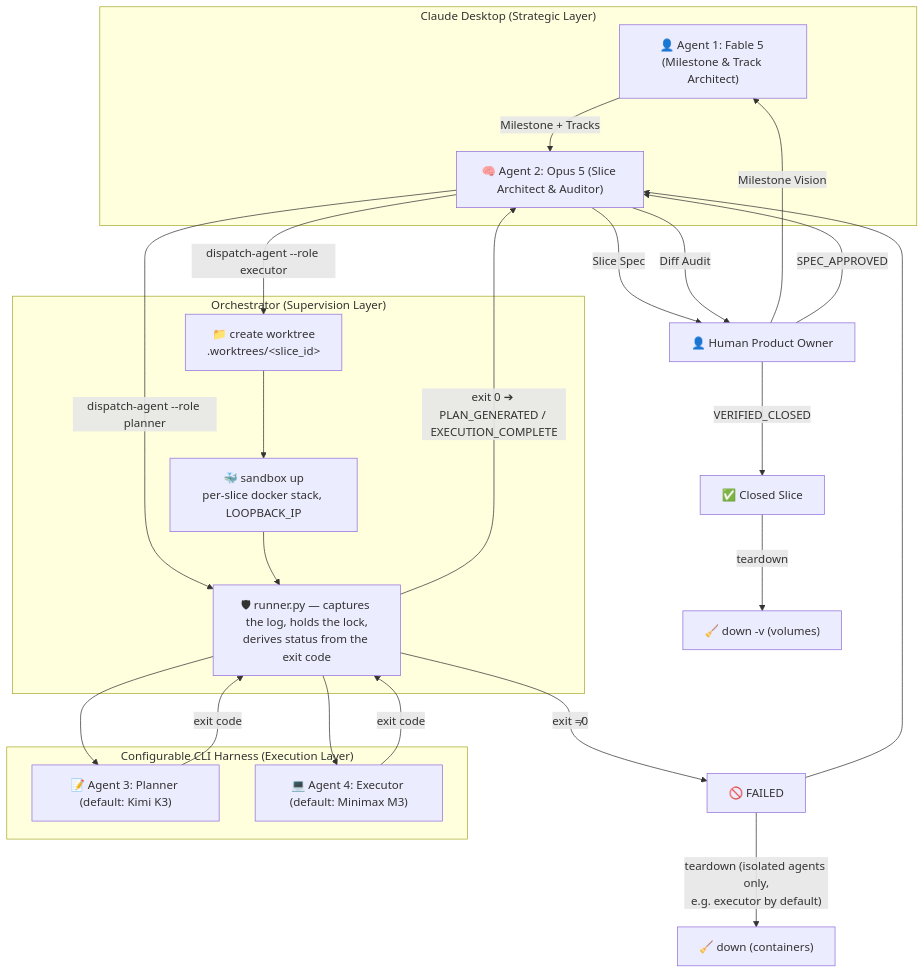
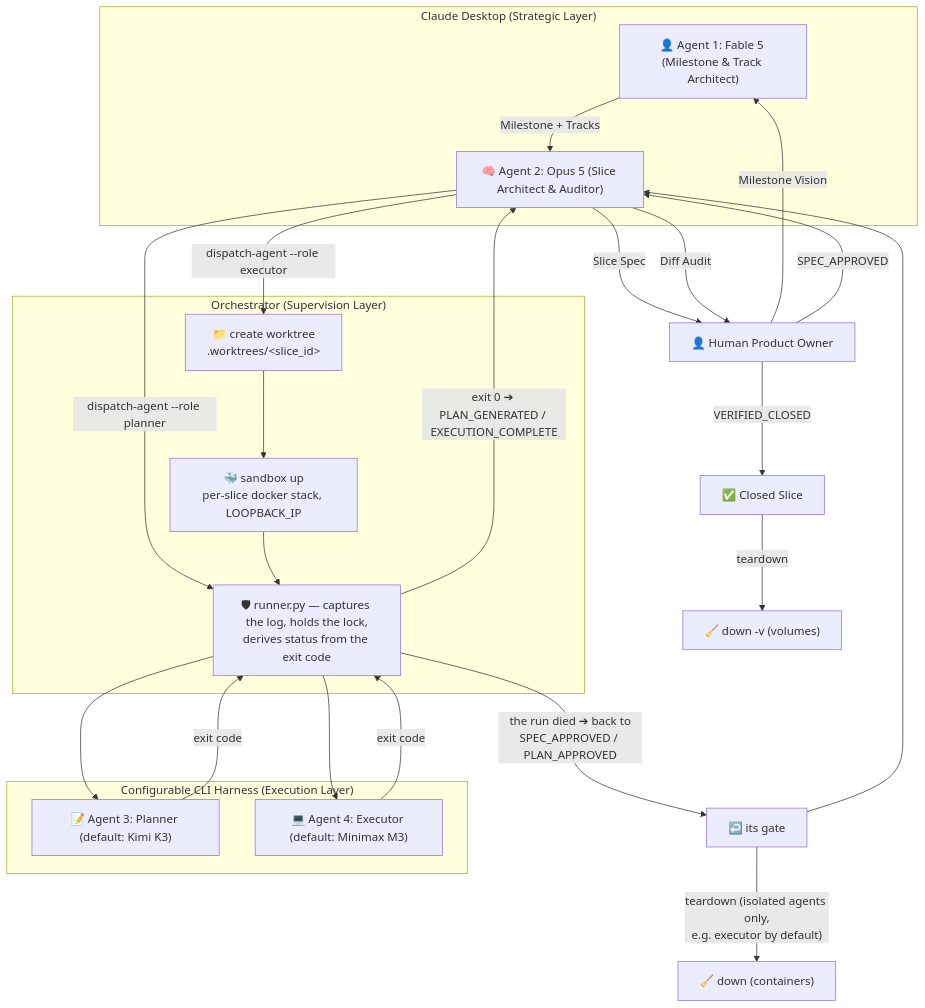
One commit to ramil-zakirov-dev/superpowers-multiagents changed the diagram in README.md. Above: the diagram before and after it, drawn with Mermaid. The commit also changed other lines of this file and 19 other files, not shown here.

````diff
--- a/README.md
+++ b/README.md
@@ -50,39 +50,39 @@
 ```mermaid
 flowchart TD
     subgraph GUI ["Claude Desktop (Strategic Layer)"]
         A1["👤 Agent 1: Fable 5 (Milestone & Track Architect)"]
         A2["🧠 Agent 2: Opus 5 (Slice Architect & Auditor)"]
     end
 
     subgraph SUP ["Orchestrator (Supervision Layer)"]
         W["📁 create worktree<br/>.worktrees/&lt;slice_id&gt;"]
         SB["🐳 sandbox up<br/>per-slice docker stack, LOOPBACK_IP"]
         R["🛡 runner.py — captures the log, holds the lock,<br/>derives status from the exit code"]
     end
 
     subgraph CLI ["Configurable CLI Harness (Execution Layer)"]
         A3["📝 Agent 3: Planner (default: Kimi K3)"]
         A4["💻 Agent 4: Executor (default: Minimax M3)"]
     end
 
     Human["👤 Human Product Owner"] -->|"Milestone Vision"| A1
     A1 -->|"Milestone + Tracks"| A2
     A2 -->|"Slice Spec"| Human
     Human -->|"SPEC_APPROVED"| A2
 
     A2 -->|"dispatch-agent --role planner"| R
     A2 -->|"dispatch-agent --role executor"| W
     W --> SB
     SB --> R
     R --> A3
     R --> A4
     A3 -->|"exit code"| R
     A4 -->|"exit code"| R
     R -->|"exit 0 ➔ PLAN_GENERATED / EXECUTION_COMPLETE"| A2
-    R -->|"exit ≠0"| F["🚫 FAILED"]
+    R -->|"the run died ➔ back to<br/>SPEC_APPROVED / PLAN_APPROVED"| F["↩️ its gate"]
     F --> A2
     F -->|"teardown (isolated agents only,<br/>e.g. executor by default)"| TD1["🧹 down (containers)"]
     A2 -->|"Diff Audit"| Human
     Human -->|"VERIFIED_CLOSED"| Done["✅ Closed Slice"]
     Done -->|"teardown"| TD2["🧹 down -v (volumes)"]
 ```
````
